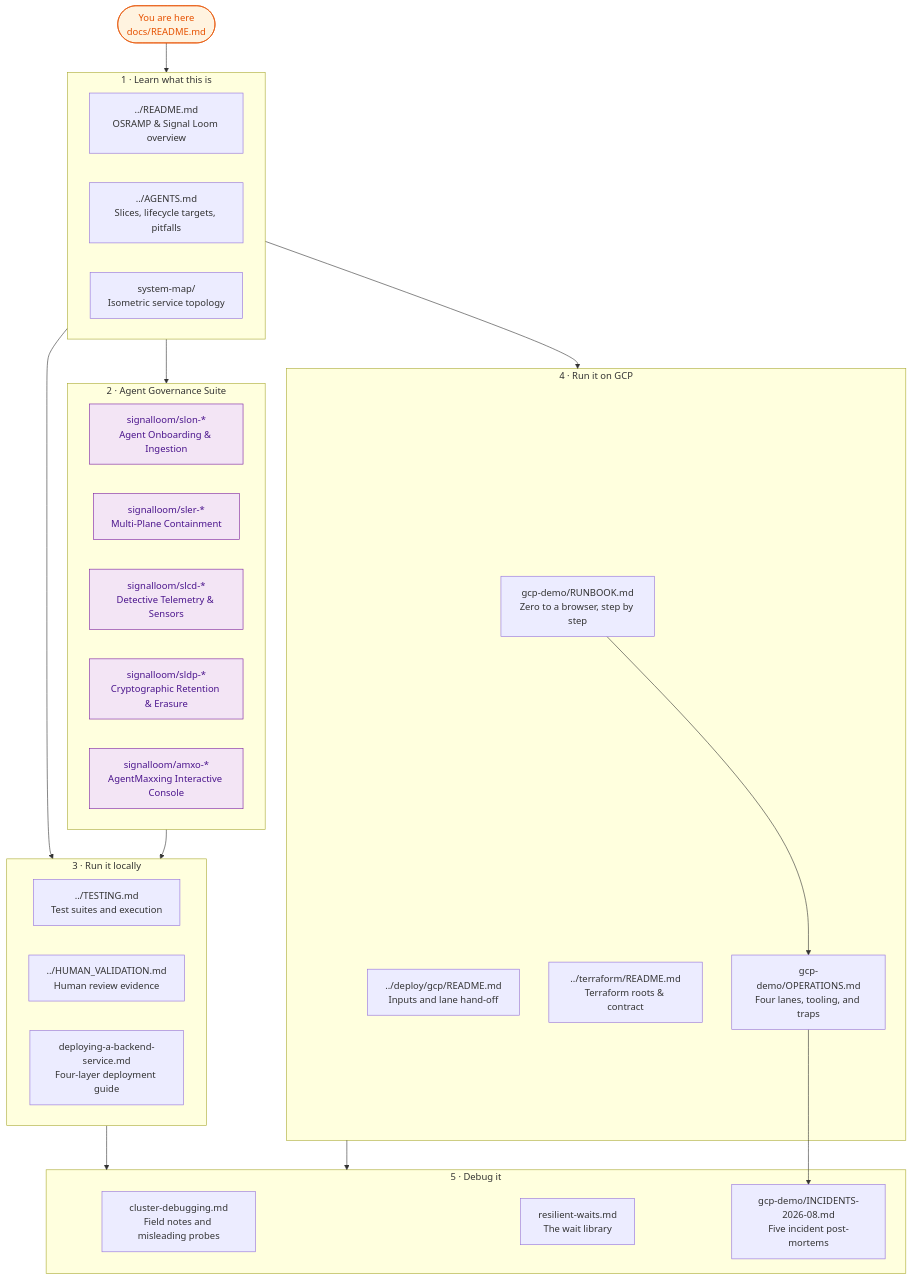
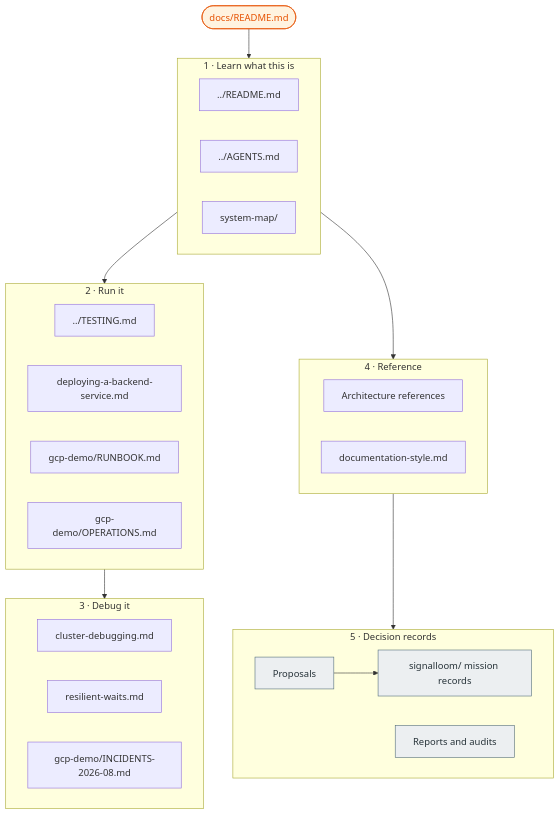
One commit to sublimino/architecture-as-code changed the diagram in docs/README.md. Above: the diagram before and after it, drawn with Mermaid. The commit also changed other lines of this file and 3 other files, not shown here.

````diff
--- a/docs/README.md
+++ b/docs/README.md
@@ -28,51 +35,44 @@
 ```mermaid
 flowchart TB
-  START(["You are here<br/>docs/README.md"])
+  START(["docs/README.md"])
 
   subgraph learn["1 · Learn what this is"]
-    RM["../README.md<br/>OSRAMP & Signal Loom overview"]
-    AG["../AGENTS.md<br/>Slices, lifecycle targets, pitfalls"]
-    MAP["system-map/<br/>Isometric service topology"]
+    RM["../README.md"]
+    AG["../AGENTS.md"]
+    MAP["system-map/"]
   end
 
-  subgraph govern["2 · Agent Governance Suite"]
-    SL_ON["signalloom/slon-*<br/>Agent Onboarding & Ingestion"]
-    SL_ER["signalloom/sler-*<br/>Multi-Plane Containment"]
-    SL_CD["signalloom/slcd-*<br/>Detective Telemetry & Sensors"]
-    SL_DP["signalloom/sldp-*<br/>Cryptographic Retention & Erasure"]
-    SL_AM["signalloom/amxo-*<br/>AgentMaxxing Interactive Console"]
+  subgraph run["2 · Run it"]
+    TEST["../TESTING.md"]
+    BACK["deploying-a-backend-service.md"]
+    RB["gcp-demo/RUNBOOK.md"]
+    OPS["gcp-demo/OPERATIONS.md"]
   end
 
-  subgraph runlocal["3 · Run it locally"]
-    TEST["../TESTING.md<br/>Test suites and execution"]
-    HV["../HUMAN_VALIDATION.md<br/>Human review evidence"]
-    BACK["deploying-a-backend-service.md<br/>Four-layer deployment guide"]
+  subgraph debug["3 · Debug it"]
+    CD["cluster-debugging.md"]
+    RW["resilient-waits.md"]
+    INC["gcp-demo/INCIDENTS-2026-08.md"]
   end
 
-  subgraph rungcp["4 · Run it on GCP"]
-    RB["gcp-demo/RUNBOOK.md<br/>Zero to a browser, step by step"]
-    OPS["gcp-demo/OPERATIONS.md<br/>Four lanes, tooling, and traps"]
-    DEP["../deploy/gcp/README.md<br/>Inputs and lane hand-off"]
-    TF["../terraform/README.md<br/>Terraform roots & contract"]
+  subgraph ref["4 · Reference"]
+    ARCH["Architecture references"]
+    STYLE["documentation-style.md"]
   end
 
-  subgraph debug["5 · Debug it"]
-    CD["cluster-debugging.md<br/>Field notes and misleading probes"]
-    RW["resilient-waits.md<br/>The wait library"]
-    INC["gcp-demo/INCIDENTS-2026-08.md<br/>Five incident post-mortems"]
+  subgraph rec["5 · Decision records"]
+    PROP["Proposals"]
+    MIS["signalloom/ mission records"]
+    REP["Reports and audits"]
   end
 
-  START --> learn --> govern
-  learn --> runlocal
-  learn --> rungcp
-  govern --> runlocal
-  runlocal --> debug
-  rungcp --> debug
-  RB --> OPS
-  OPS --> INC
+  START --> learn --> run --> debug
+  learn --> ref
+  ref --> rec
+  PROP --> MIS
 
   classDef entry fill:#fff3e0,stroke:#e65100,color:#e65100;
-  classDef suite fill:#f3e5f5,stroke:#7b1fa2,color:#4a148c;
+  classDef record fill:#eceff1,stroke:#546e7a,color:#263238;
   class START entry;
-  class SL_ON,SL_ER,SL_CD,SL_DP,SL_AM suite;
+  class PROP,MIS,REP record;
 ```
````
